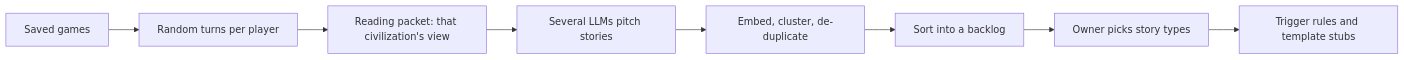
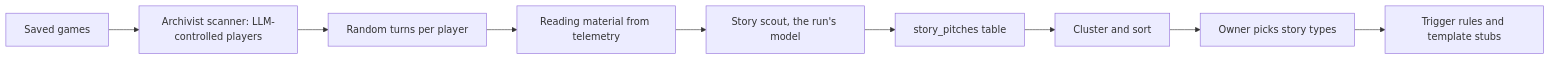
Before and after one commit to vox-deorum/vox-deorum: the diagram in docs/plans/newspaper/implementation/04b-story-mining.md, drawn with Mermaid. The commit also changed other lines of this file and 2 other files, not shown here.

Commit message:
Revamped story mining plan.

````diff
--- a/docs/plans/newspaper/implementation/04b-story-mining.md
+++ b/docs/plans/newspaper/implementation/04b-story-mining.md
@@ -17,10 +17,11 @@
 ```mermaid
 flowchart LR
-    A[Saved games] --> B[Random turns per player]
-    B --> C[Reading packet: that civilization's view]
-    C --> D[Several LLMs pitch stories]
-    D --> E[Embed, cluster, de-duplicate]
-    E --> F[Sort into a backlog]
-    F --> G[Owner picks story types]
-    G --> H[Trigger rules and template stubs]
+    A[Saved games] --> B[Archivist scanner: LLM-controlled players]
+    B --> C[Random turns per player]
+    C --> D[Reading material from telemetry]
+    D --> E[Story scout, the run's model]
+    E --> F[story_pitches table]
+    F --> G[Cluster and sort]
+    G --> H[Owner picks story types]
+    H --> I[Trigger rules and template stubs]
 ```
````
